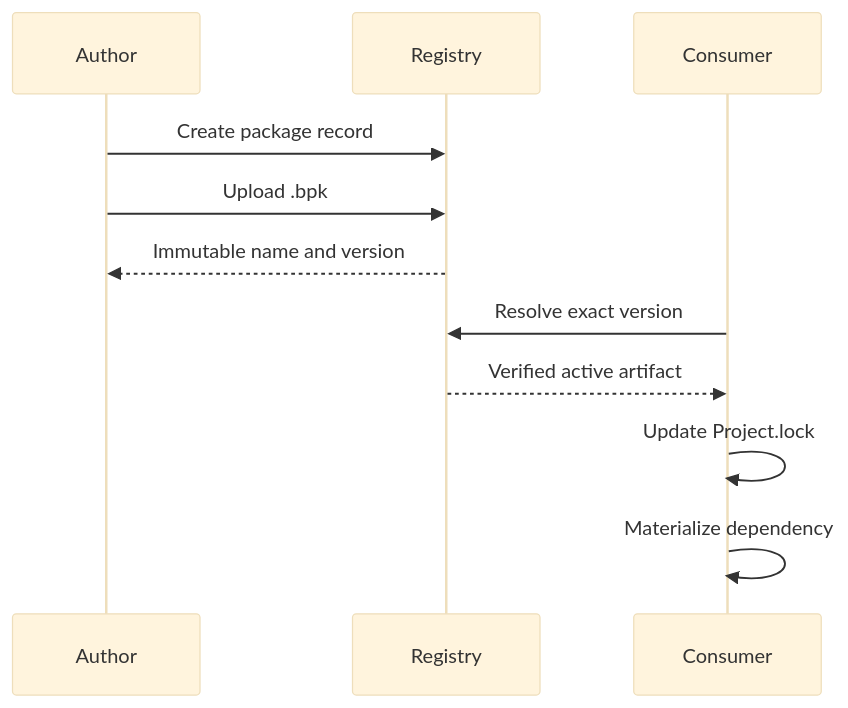
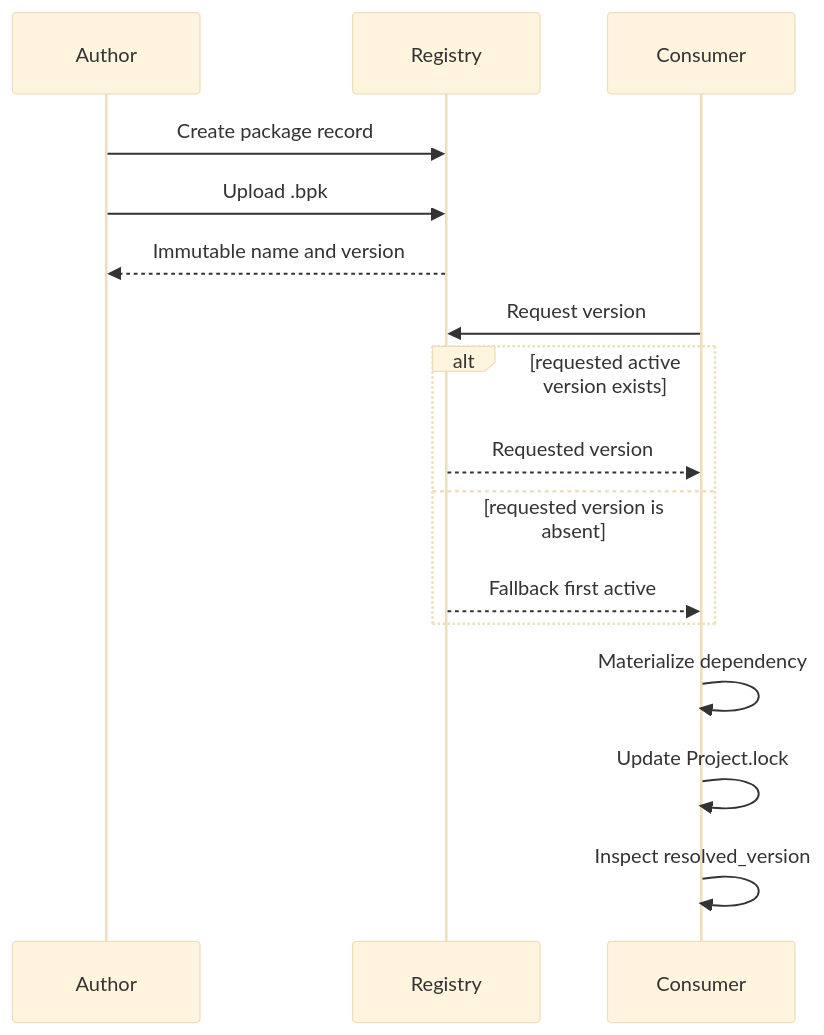
One commit to Cyber-Nomad-Collective/beskid changed the diagram in site/website/src/content/docs/docs/packages/index.md. Above: the diagram before and after it, drawn with Mermaid (base theme). The commit also changed other lines of this file and 9 other files, not shown here.

Commit message:
fix(docs): expose registry version fallback

````diff
--- a/site/website/src/content/docs/docs/packages/index.md
+++ b/site/website/src/content/docs/docs/packages/index.md
@@ -29,15 +29,20 @@
 ```mermaid
 sequenceDiagram
   accTitle: Package publication and consumption
-  accDescr: A package author creates a record and uploads an artifact. A consumer resolves an exact active version and materializes it through the project lockfile.
+  accDescr: A package author creates a record and uploads an artifact. A consumer requests a version and verifies the resolver result before accepting the lockfile.
   participant A as Author
   participant R as Registry
   participant C as Consumer
   A->>R: Create package record
   A->>R: Upload .bpk
   R-->>A: Immutable name and version
-  C->>R: Resolve exact version
-  R-->>C: Verified active artifact
+  C->>R: Request version
+  alt requested active version exists
+    R-->>C: Requested version
+  else requested version is absent
+    R-->>C: Fallback first active
+  end
+  C->>C: Materialize dependency
   C->>C: Update Project.lock
-  C->>C: Materialize dependency
+  C->>C: Inspect resolved_version
 ```
````
